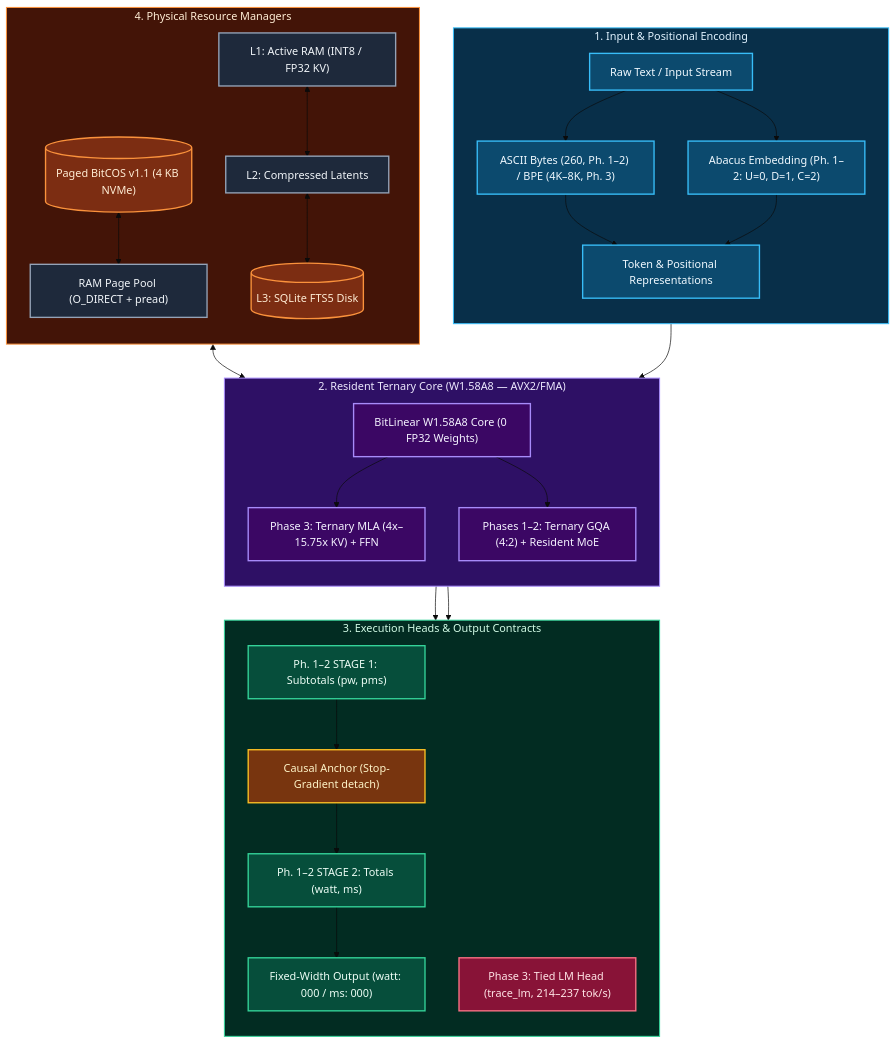
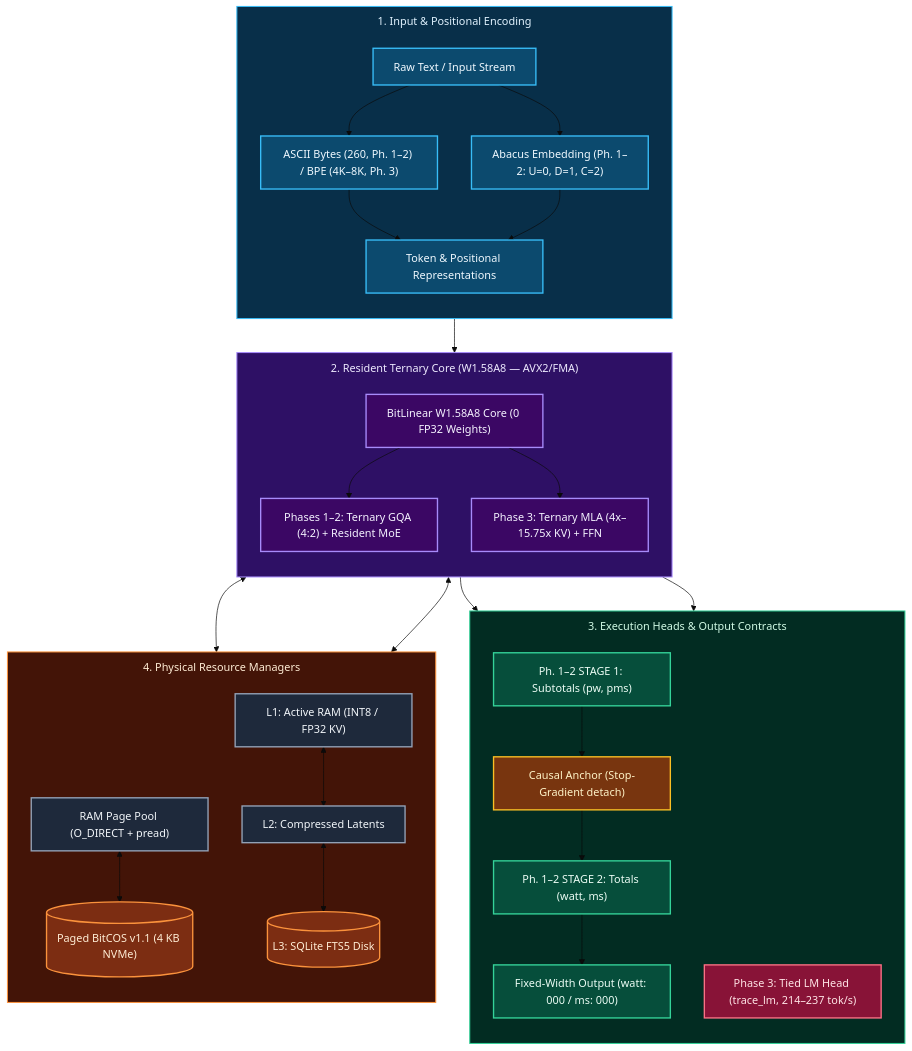
Before and after one commit to Miguel19x/Basic-Lite-TRACE: the diagram in README.md, drawn with Mermaid (base theme). The commit also changed 1 other file, not shown here.

Commit message:
docs(readme): fix Mermaid subgraph title margin, 1->2->3->4 flow order and crossed edges

````diff
--- a/README.md
+++ b/README.md
@@ -94,65 +94,67 @@
 ```mermaid
+%%{init: {'flowchart': {'subGraphTitleMargin': {'top': 10, 'bottom': 14}}}}%%
 flowchart TD
     subgraph InputStage ["1. Input & Positional Encoding"]
         direction TB
         RawBytes["Raw Text / Input Stream"]:::input
         BytePatch["ASCII Bytes (260, Ph. 1–2) / BPE (4K–8K, Ph. 3)"]:::input
         AbacusLayer["Abacus Embedding (Ph. 1–2: U=0, D=1, C=2)"]:::input
         CombinedEmbed["Token & Positional Representations"]:::input
         RawBytes --> BytePatch
         RawBytes --> AbacusLayer
         BytePatch --> CombinedEmbed
         AbacusLayer --> CombinedEmbed
     end
 
-    subgraph MemoryHierarchy ["4. Physical Resource Managers"]
-        direction TB
-        PagedBitCOS[("Paged BitCOS v1.1 (4 KB NVMe)")]:::storage
-        PagePool["RAM Page Pool (O_DIRECT + pread)"]:::runtime
-        L1RAM["L1: Active RAM (INT8 / FP32 KV)"]:::runtime
-        L2Latent["L2: Compressed Latents"]:::runtime
-        L3SQLite[("L3: SQLite FTS5 Disk")]:::storage
-        PagedBitCOS <--> PagePool
-        L1RAM <--> L2Latent
-        L2Latent <--> L3SQLite
-    end
-
     subgraph CoreTernary ["2. Resident Ternary Core (W1.58A8 — AVX2/FMA)"]
         direction TB
         SharedCore["BitLinear W1.58A8 Core (0 FP32 Weights)"]:::core
+        PagedMoE["Phases 1–2: Ternary GQA (4:2) + Resident MoE"]:::core
         MLA["Phase 3: Ternary MLA (4x–15.75x KV) + FFN"]:::core
-        PagedMoE["Phases 1–2: Ternary GQA (4:2) + Resident MoE"]:::core
+        SharedCore --> PagedMoE
         SharedCore --> MLA
-        SharedCore --> PagedMoE
     end
 
     subgraph TwoStageField ["3. Execution Heads & Output Contracts"]
         direction TB
         Stage1["Ph. 1–2 STAGE 1: Subtotals (pw, pms)"]:::causal
         CausalAnchor["Causal Anchor (Stop-Gradient detach)"]:::gate
         Stage2["Ph. 1–2 STAGE 2: Totals (watt, ms)"]:::causal
         OutputBytes["Fixed-Width Output (watt: 000 / ms: 000)"]:::causal
         LMHead["Phase 3: Tied LM Head (trace_lm, 214–237 tok/s)"]:::lm
         Stage1 --> CausalAnchor
         CausalAnchor --> Stage2
         Stage2 --> OutputBytes
     end
 
+    subgraph MemoryHierarchy ["4. Physical Resource Managers"]
+        direction TB
+        PagePool["RAM Page Pool (O_DIRECT + pread)"]:::runtime
+        PagedBitCOS[("Paged BitCOS v1.1 (4 KB NVMe)")]:::storage
+        L1RAM["L1: Active RAM (INT8 / FP32 KV)"]:::runtime
+        L2Latent["L2: Compressed Latents"]:::runtime
+        L3SQLite[("L3: SQLite FTS5 Disk")]:::storage
+        PagePool <--> PagedBitCOS
+        L1RAM <--> L2Latent
+        L2Latent <--> L3SQLite
+    end
+
     CombinedEmbed --> SharedCore
-    PagePool <--> PagedMoE
     PagedMoE --> Stage1
     MLA --> LMHead
+    PagedMoE <--> PagePool
+    MLA <--> L1RAM
 
     classDef input fill:#0c4a6e,stroke:#38bdf8,stroke-width:2px,color:#f0f9ff
     classDef core fill:#3b0764,stroke:#a78bfa,stroke-width:2px,color:#f5f3ff
     classDef causal fill:#064e3b,stroke:#34d399,stroke-width:2px,color:#ecfdf5
     classDef gate fill:#78350f,stroke:#fbbf24,stroke-width:2px,color:#fef3c7
     classDef lm fill:#881337,stroke:#fb7185,stroke-width:2px,color:#ffe4e6
     classDef runtime fill:#1e293b,stroke:#94a3b8,stroke-width:2px,color:#f1f5f9
     classDef storage fill:#7c2d12,stroke:#fb923c,stroke-width:2px,color:#ffedd5
 
     style InputStage fill:#082f49,stroke:#38bdf8,stroke-width:1.5px,color:#e0f2fe
     style CoreTernary fill:#2e1065,stroke:#a78bfa,stroke-width:1.5px,color:#ede9fe
     style TwoStageField fill:#022c22,stroke:#34d399,stroke-width:1.5px,color:#d1fae5
     style MemoryHierarchy fill:#431407,stroke:#fb923c,stroke-width:1.5px,color:#ffedd5
 ```
````
